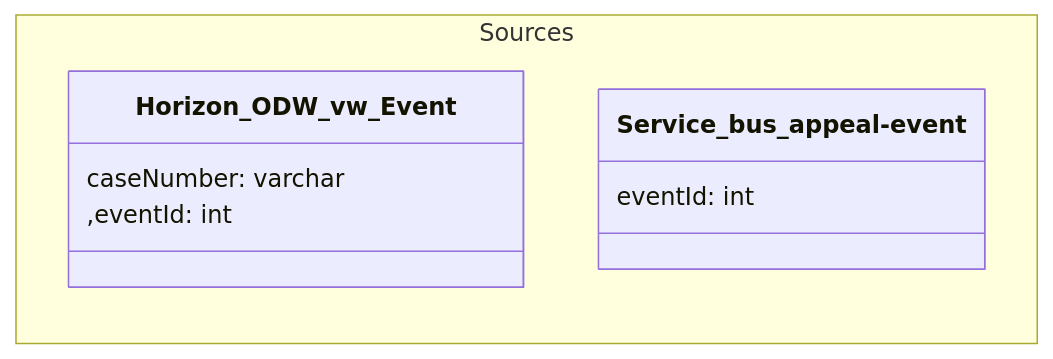
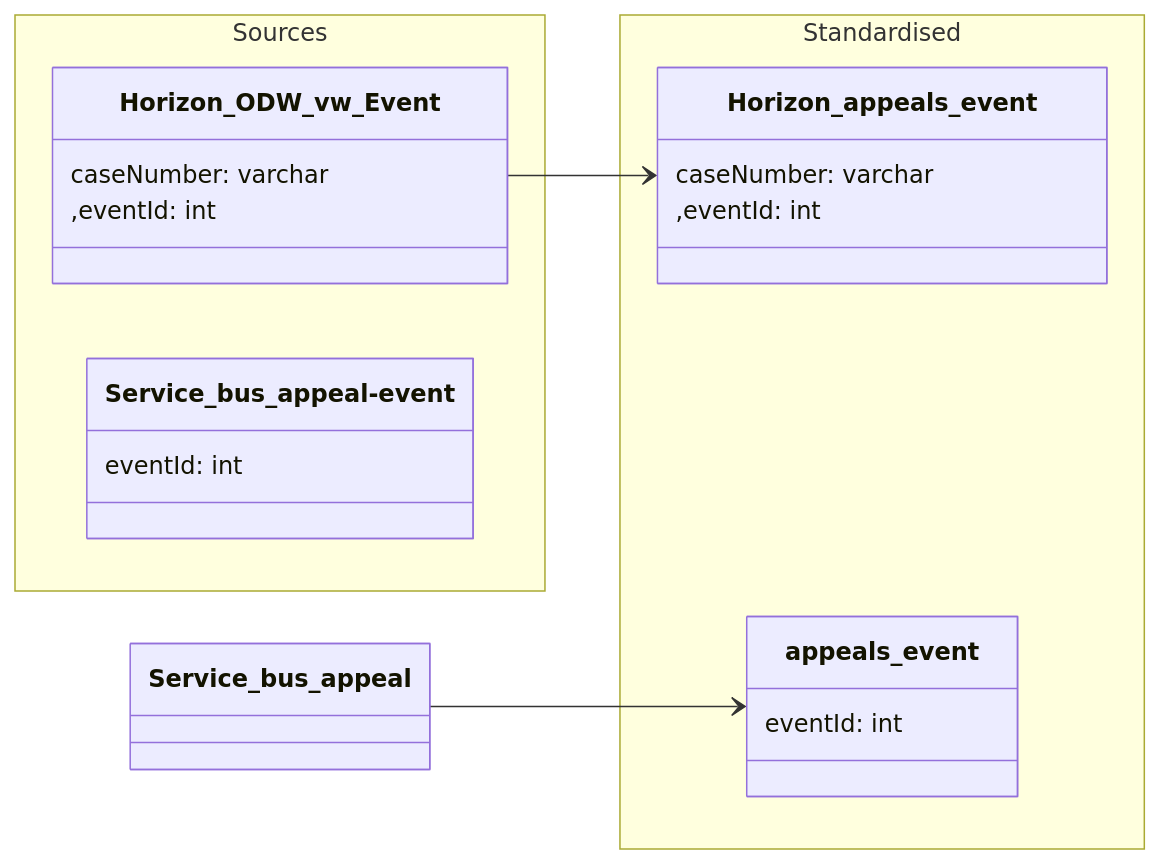
One commit to Planning-Inspectorate/ODW-Service changed the diagram in data-models/appeal-event.md. Above: the diagram before and after it, drawn with Mermaid.

````diff
--- a/data-models/appeal-event.md
+++ b/data-models/appeal-event.md
@@ -7,20 +7,34 @@
 ```mermaid
 
 classDiagram
 
     direction LR
 
     namespace Sources {
 
         class Horizon_ODW_vw_Event {
             caseNumber: varchar
             ,eventId: int
         }
 
         class Service_bus_appeal-event  {
             eventId: int
         }
     }
 
+    namespace Standardised {
+
+        class Horizon_appeals_event {
+            caseNumber: varchar
+            ,eventId: int
+        }
+
+        class appeals_event  {
+            eventId: int
+        }
+    }
+
+`Horizon_ODW_vw_Event` --> `Horizon_appeals_event`
+`Service_bus_appeal` --> `appeals_event`
 
 ```
````
